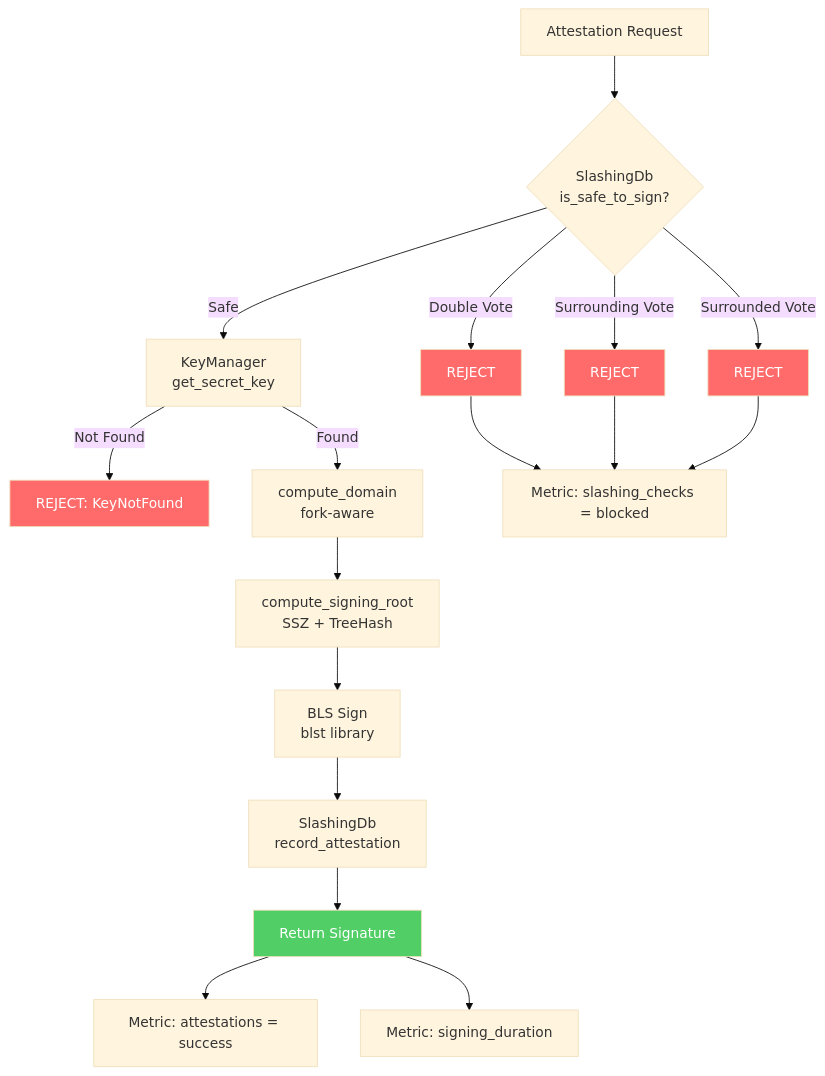
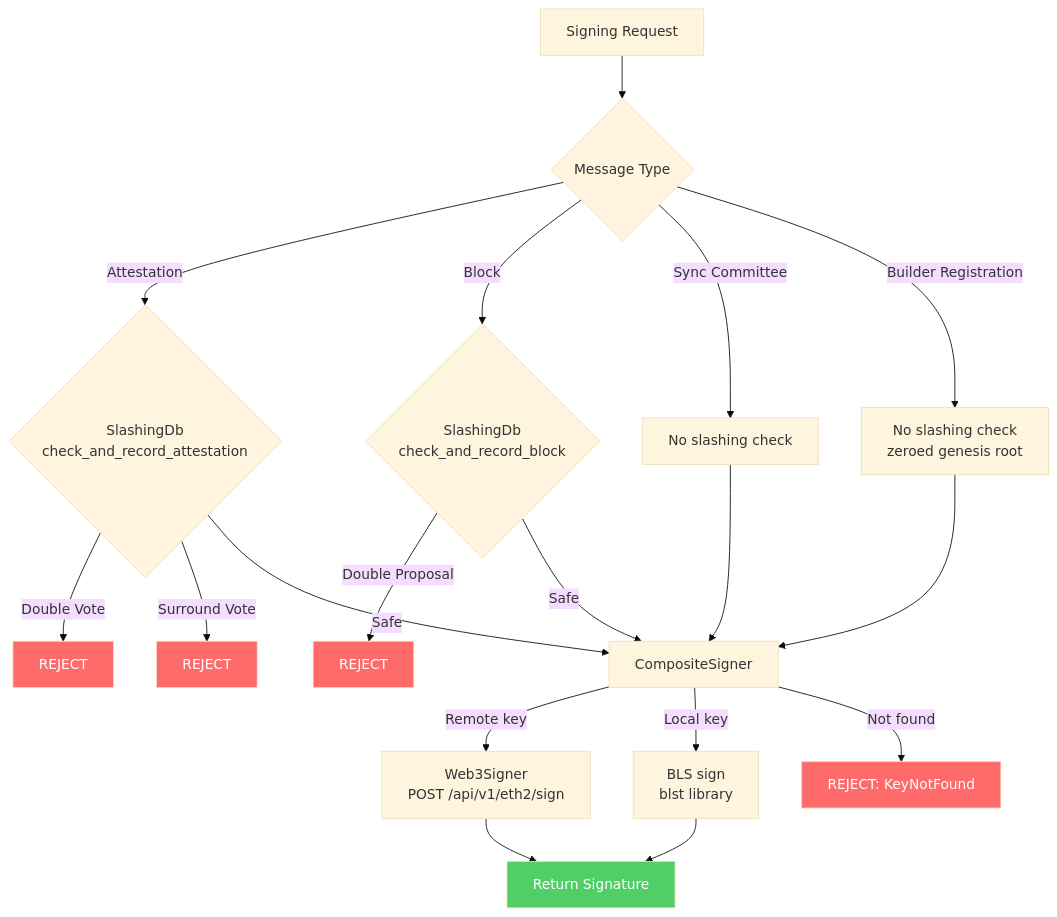
The sixth of 8 diagrams in ARCHITECTURE.md (dsrvlabs/rvc), drawn with Mermaid (base theme) before and after one commit. The commit also changed other lines of this file and 13 other files, not shown here.

````diff
--- a/ARCHITECTURE.md
+++ b/ARCHITECTURE.md
@@ -206,26 +268,29 @@
 ```mermaid
 flowchart TD
-    A[Attestation Request] --> B{SlashingDb<br/>is_safe_to_sign?}
-    B -->|Double Vote| X1[REJECT]
-    B -->|Surrounding Vote| X2[REJECT]
-    B -->|Surrounded Vote| X3[REJECT]
-    B -->|Safe| C[KeyManager<br/>get_secret_key]
-    C -->|Not Found| X4[REJECT: KeyNotFound]
-    C -->|Found| D[compute_domain<br/>fork-aware]
-    D --> E[compute_signing_root<br/>SSZ + TreeHash]
-    E --> F[BLS Sign<br/>blst library]
-    F --> G[SlashingDb<br/>record_attestation]
-    G --> H[Return Signature]
+    A[Signing Request] --> B{Message Type}
+    B -->|Attestation| C{SlashingDb<br/>check_and_record_attestation}
+    B -->|Block| D{SlashingDb<br/>check_and_record_block}
+    B -->|Sync Committee| E[No slashing check]
+    B -->|Builder Registration| F[No slashing check<br/>zeroed genesis root]
 
-    X1 --> M1[Metric: slashing_checks = blocked]
-    X2 --> M1
-    X3 --> M1
-    H --> M2[Metric: attestations = success]
-    H --> M3[Metric: signing_duration]
+    C -->|Double Vote| X1[REJECT]
+    C -->|Surround Vote| X2[REJECT]
+    C -->|Safe| G[CompositeSigner]
+    D -->|Double Proposal| X3[REJECT]
+    D -->|Safe| G
+    E --> G
+    F --> G
+
+    G -->|Remote key| H[Web3Signer<br/>POST /api/v1/eth2/sign]
+    G -->|Local key| I[BLS sign<br/>blst library]
+    G -->|Not found| X4[REJECT: KeyNotFound]
+
+    H --> J[Return Signature]
+    I --> J
 
     style X1 fill:#ff6b6b,color:#fff
     style X2 fill:#ff6b6b,color:#fff
     style X3 fill:#ff6b6b,color:#fff
     style X4 fill:#ff6b6b,color:#fff
-    style H fill:#51cf66,color:#fff
+    style J fill:#51cf66,color:#fff
 ```
````
